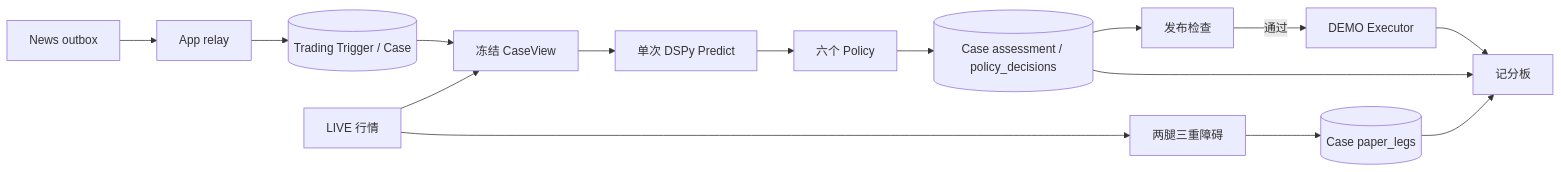
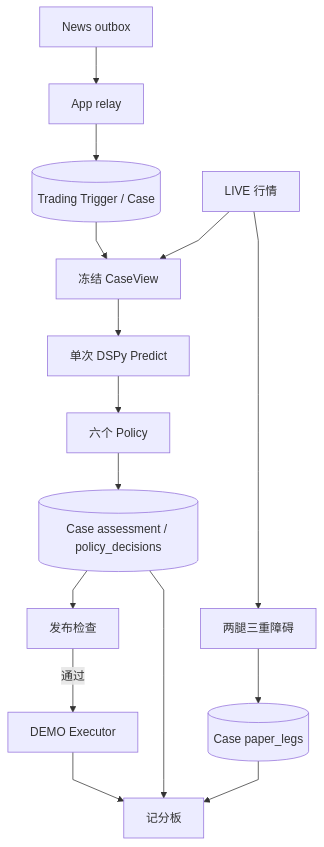
One commit to AnalyThothAI/tracefold changed the diagram in docs/modules/trading.md. Above: the diagram before and after it, drawn with Mermaid. The commit also changed other lines of this file and 46 other files, not shown here.

Commit message:
docs: align handbook with current architecture and remove obsolete materials

````diff
--- a/docs/modules/trading.md
+++ b/docs/modules/trading.md
@@ -7,17 +7,25 @@
 ```mermaid
-flowchart LR
+---
+config:
+  fontFamily: "system-ui, Noto Sans CJK SC, Microsoft YaHei, WenQuanYi Zen Hei, sans-serif"
+  flowchart:
+    curve: linear
+---
+flowchart TB
+  accTitle: Trading 分析与执行数据流
+  accDescr: News 公开事实经应用转交成为 Trading 输入，LIVE 行情冻结模型输入和纸面标签，六策略经过发布检查产生 DEMO 执行请求；分析、标签和执行证据共同进入记分板。
   N[News outbox] --> R[App relay]
   R --> T[(Trading Trigger / Case)]
   L[LIVE 行情] --> V[冻结 CaseView]
   T --> V
   V --> A[单次 DSPy Predict]
   A --> P[六个 Policy]
   P --> D[(Case assessment / policy_decisions)]
   D --> S[发布检查]
   S -->|通过| E[DEMO Executor]
   L --> B[两腿三重障碍]
   B --> F[(Case paper_legs)]
   D --> Q[记分板]
   F --> Q
   E --> Q
 ```
````
